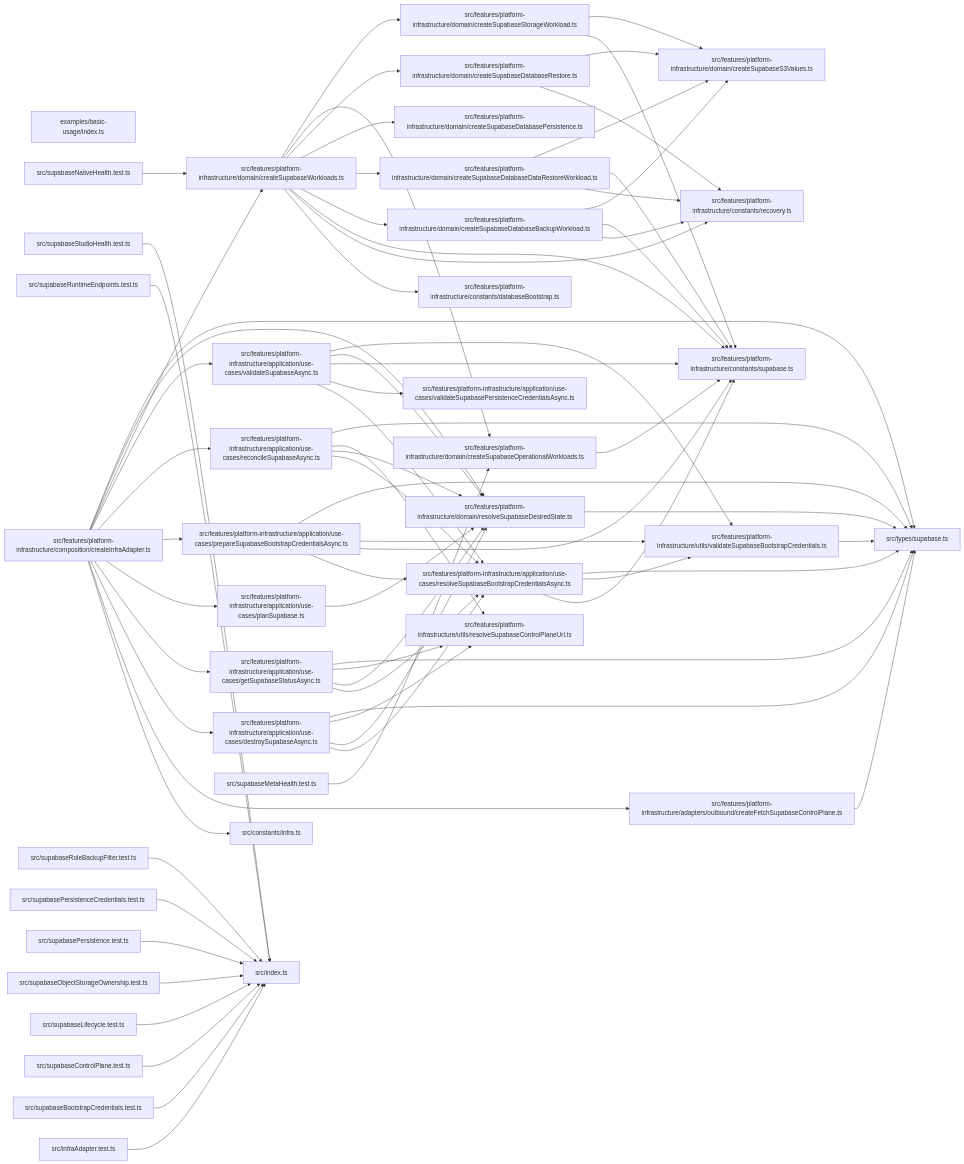
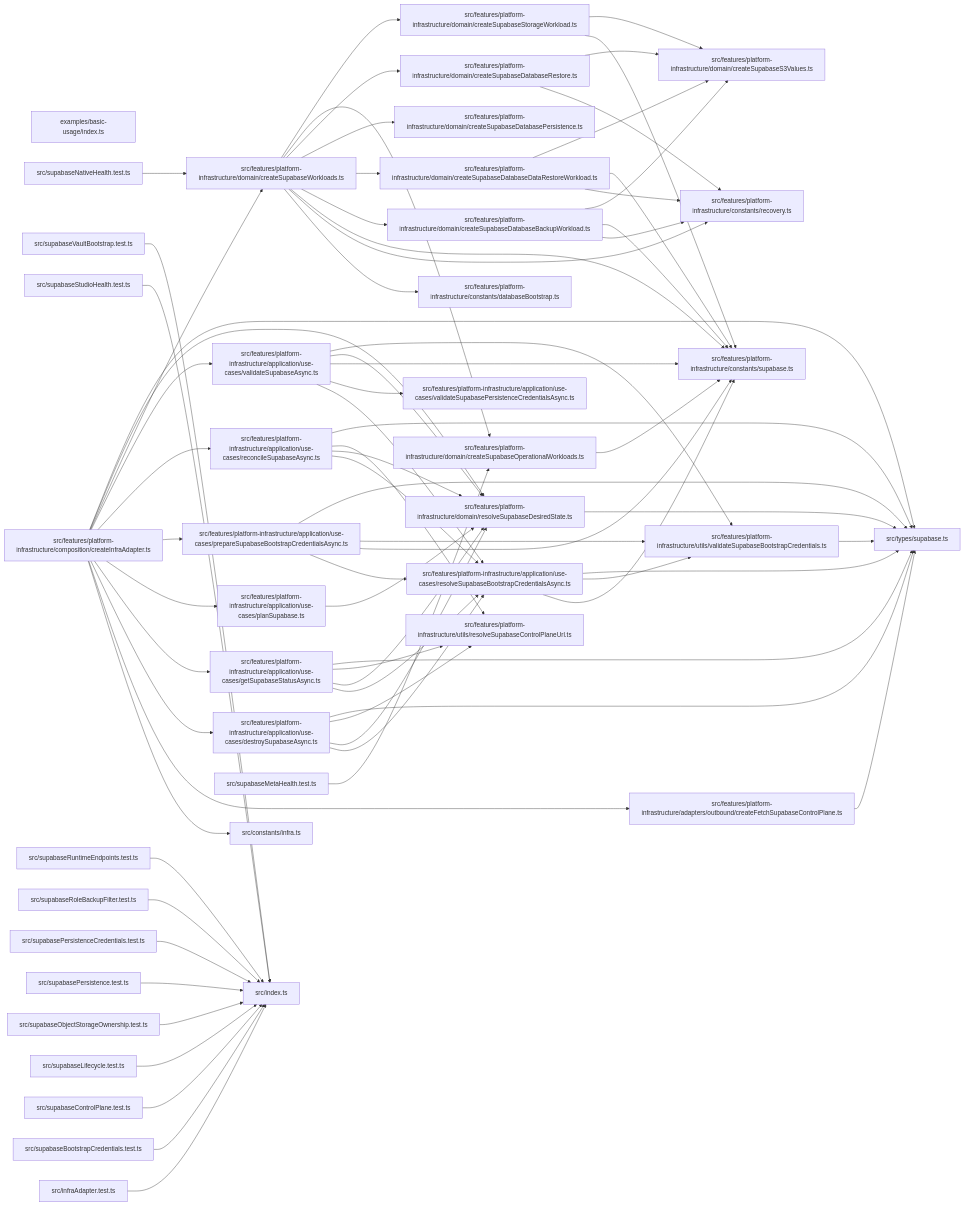
The diagram in paradox/diagrams/module-relationships.mmd (ankhorage/supabase), drawn with Mermaid before and after one commit. The commit also changed 11 other files, not shown here.

First line of the commit message:
fix(supabase): bootstrap selected Supabase Vault migration in database workload

```diff
--- a/paradox/diagrams/module-relationships.mmd
+++ b/paradox/diagrams/module-relationships.mmd
@@ -38,6 +38,7 @@
   module_src_supabaseRoleBackupFilter_test_ts["src/supabaseRoleBackupFilter.test.ts"]
   module_src_supabaseRuntimeEndpoints_test_ts["src/supabaseRuntimeEndpoints.test.ts"]
   module_src_supabaseStudioHealth_test_ts["src/supabaseStudioHealth.test.ts"]
+  module_src_supabaseVaultBootstrap_test_ts["src/supabaseVaultBootstrap.test.ts"]
   module_src_types_supabase_ts["src/types/supabase.ts"]
   module_src_features_platform_infrastructure_adapters_outbound_createFetchSupabaseControlPlane_ts --> module_src_types_supabase_ts
   module_src_features_platform_infrastructure_application_use_cases_destroySupabaseAsync_ts --> module_src_features_platform_infrastructure_application_use_cases_resolveSupabaseBootstrapCredentialsAsync_ts
@@ -110,3 +111,4 @@
   module_src_supabaseRoleBackupFilter_test_ts --> module_src_index_ts
   module_src_supabaseRuntimeEndpoints_test_ts --> module_src_index_ts
   module_src_supabaseStudioHealth_test_ts --> module_src_index_ts
+  module_src_supabaseVaultBootstrap_test_ts --> module_src_index_ts
```
